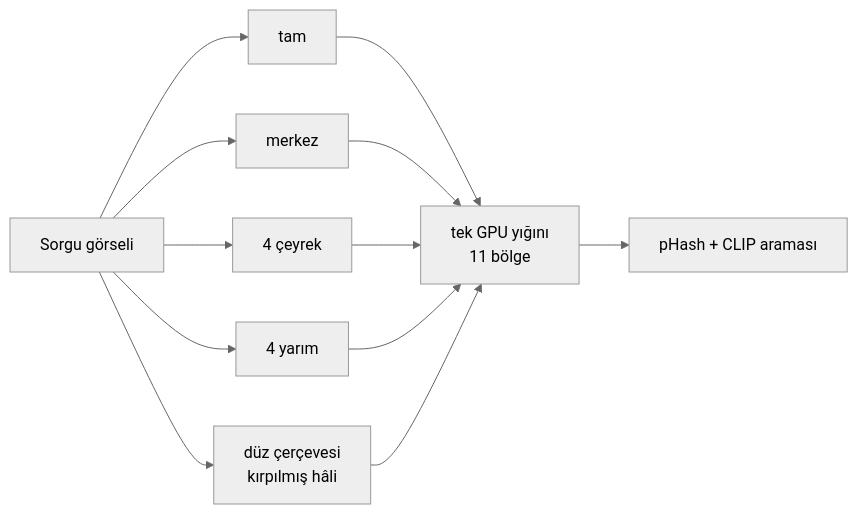
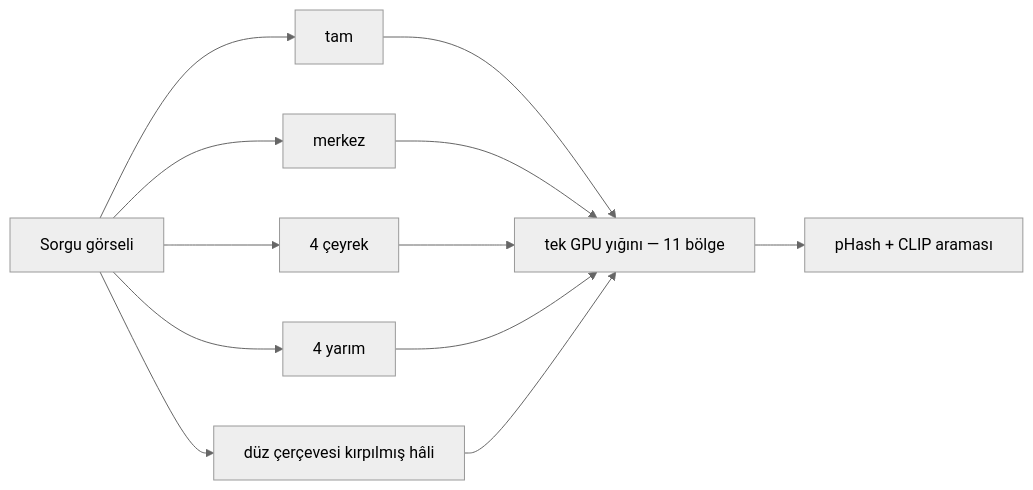
Before and after one commit to hamzabdk36-cyber/N-Emek: the fourth of 8 diagrams in docs/MIMARI.md, drawn with Mermaid (neutral theme). The commit also changed other lines of this file, not shown here.

````diff
--- a/docs/MIMARI.md
+++ b/docs/MIMARI.md
@@ -120,6 +120,6 @@
 ```mermaid
 flowchart LR
-    q["Sorgu görseli"] --> t["tam"] & m["merkez"] & c["4 çeyrek"] & y["4 yarım"] & k["düz çerçevesi<br/>kırpılmış hâli"]
-    t & m & c & y & k --> emb["tek GPU yığını<br/>11 bölge"]
+    q["Sorgu görseli"] --> t["tam"] & m["merkez"] & c["4 çeyrek"] & y["4 yarım"] & k["düz çerçevesi kırpılmış hâli"]
+    t & m & c & y & k --> emb["tek GPU yığını — 11 bölge"]
     emb --> ara["pHash + CLIP araması"]
 ```
````
